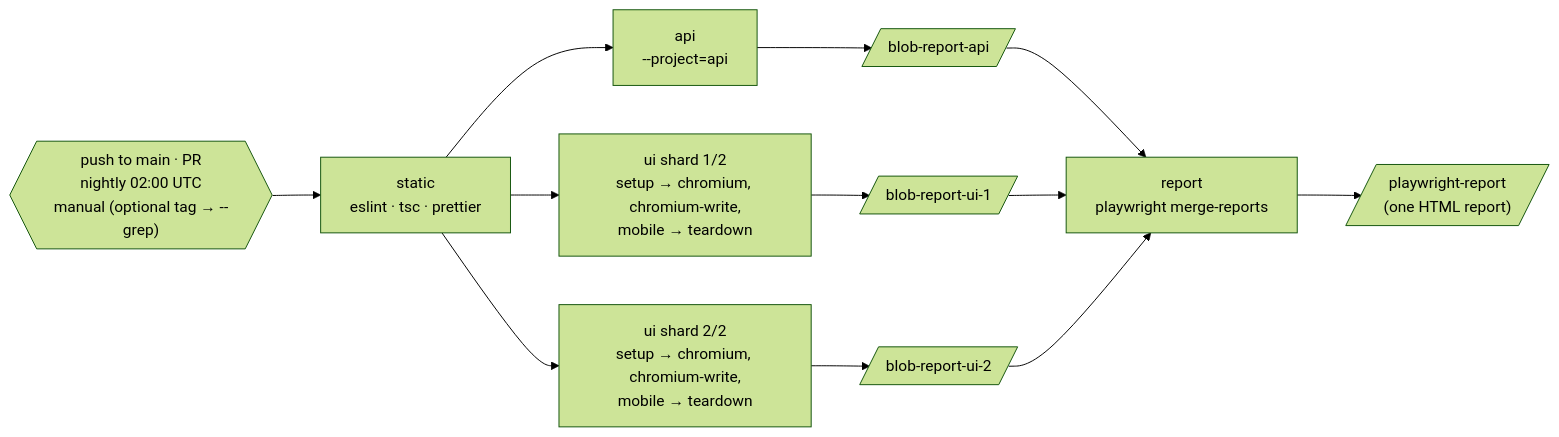
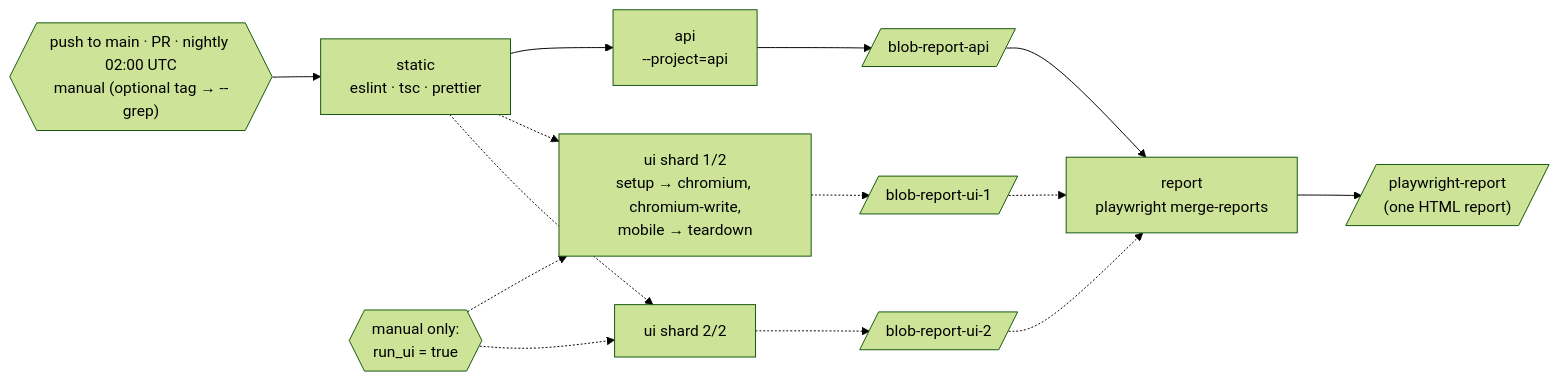
The fourth of 4 diagrams in README.md (fathirwafda/playwright-api-ui-framework), drawn with Mermaid (forest theme) before and after one commit. The commit also changed other lines of this file and 5 other files, not shown here.

Commit message:
ci: run UI and hybrid suites locally only; detect bot-protection page

````diff
--- a/README.md
+++ b/README.md
@@ -286,15 +301,16 @@
 ```mermaid
 flowchart LR
-    T{{"push to main · PR<br/>nightly 02:00 UTC<br/>manual (optional tag → --grep)"}}
+    T{{"push to main · PR · nightly 02:00 UTC<br/>manual (optional tag → --grep)"}}
     T --> S["static<br/>eslint · tsc · prettier"]
     S --> A["api<br/>--project=api"]
-    S --> U1["ui shard 1/2<br/>setup → chromium, chromium-write,<br/>mobile → teardown"]
-    S --> U2["ui shard 2/2<br/>setup → chromium, chromium-write,<br/>mobile → teardown"]
     A --> BA[/"blob-report-api"/]
-    U1 --> B1[/"blob-report-ui-1"/]
-    U2 --> B2[/"blob-report-ui-2"/]
     BA --> M["report<br/>playwright merge-reports"]
-    B1 --> M
-    B2 --> M
     M --> H[/"playwright-report<br/>(one HTML report)"/]
+
+    D{{"manual only:<br/>run_ui = true"}} -.-> U1["ui shard 1/2<br/>setup → chromium, chromium-write,<br/>mobile → teardown"]
+    D -.-> U2["ui shard 2/2"]
+    S -.-> U1
+    S -.-> U2
+    U1 -.-> B1[/"blob-report-ui-1"/] -.-> M
+    U2 -.-> B2[/"blob-report-ui-2"/] -.-> M
 ```
````
